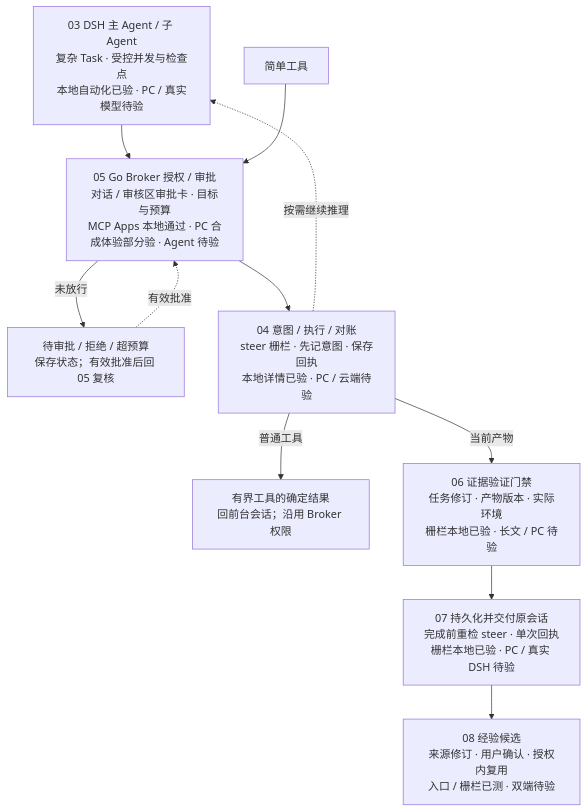
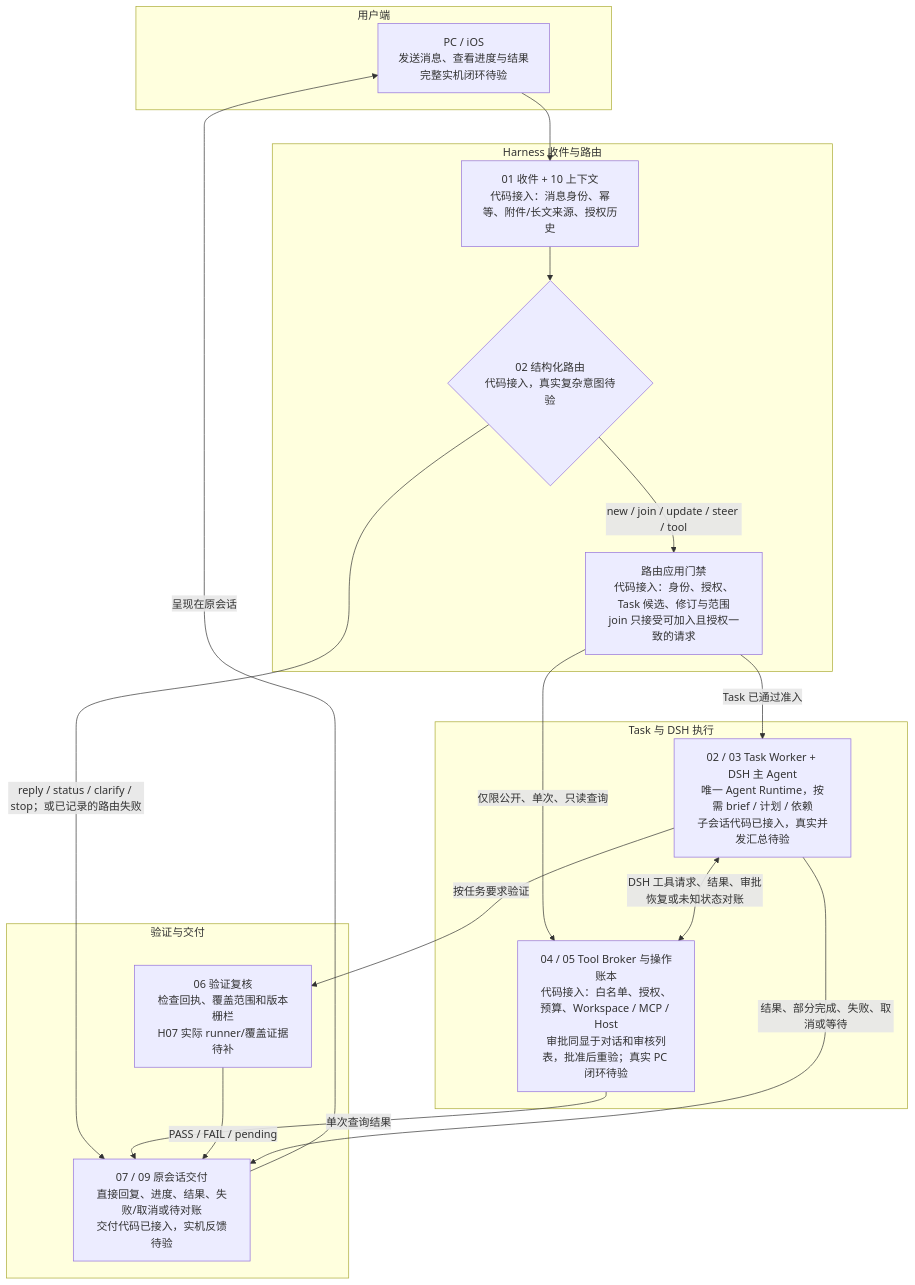
One commit to lizhongxuan/morde changed the diagram in docs/muse_docs/muse_steps/Morde 复刻 Muse 最终流程与开发设计.md. Above: the diagram before and after it, drawn with Mermaid. The commit also changed other lines of this file and 37 other files, not shown here.

````diff
--- a/docs/muse_docs/muse_steps/Morde 复刻 Muse 最终流程与开发设计.md
+++ b/docs/muse_docs/muse_steps/Morde 复刻 Muse 最终流程与开发设计.md
@@ -239,13 +9,34 @@
 ```mermaid
 flowchart TD
-    D["03 DSH 主 Agent / 子 Agent<br/>复杂 Task · 受控并发与检查点<br/>本地自动化已验 · PC / 真实模型待验"] --> B["05 Go Broker 授权 / 审批<br/>对话 / 审核区审批卡 · 目标与预算<br/>MCP Apps 本地通过 · PC 合成体验部分验 · Agent 待验"]
-    S["简单工具"] --> B
-    B -->|未放行| W["待审批 / 拒绝 / 超预算<br/>保存状态；有效批准后回 05 复核"]
-    W -. 有效批准 .-> B
-    B --> A["04 意图 / 执行 / 对账<br/>steer 栅栏 · 先记意图 · 保存回执<br/>本地详情已验 · PC / 云端待验"]
-    A -->|普通工具| Q["有界工具的确定结果<br/>回前台会话；沿用 Broker 权限"]
-    A -->|当前产物| V["06 证据验证门禁<br/>任务修订 · 产物版本 · 实际环境<br/>栅栏本地已验 · 长文 / PC 待验"]
-    A -. 按需继续推理 .-> D
-    V --> O["07 持久化并交付原会话<br/>完成前重检 steer · 单次回执<br/>栅栏本地已验 · PC / 真实 DSH 待验"]
-    O --> M["08 经验候选<br/>来源修订 · 用户确认 · 授权内复用<br/>入口 / 栅栏已测 · 双端待验"]
+  subgraph client[用户端]
+    P["PC / iOS<br/>发送消息、查看进度与结果<br/>完整实机闭环待验"]
+  end
+
+  subgraph intake[Harness 收件与路由]
+    I["01 收件 + 10 上下文<br/>代码接入：消息身份、幂等、附件/长文来源、授权历史"]
+    R{"02 结构化路由<br/>代码接入，真实复杂意图待验"}
+    A["路由应用门禁<br/>代码接入：身份、授权、Task 候选、修订与范围<br/>join 只接受可加入且授权一致的请求"]
+  end
+
+  subgraph execute[Task 与 DSH 执行]
+    C["02 / 03 Task Worker + DSH 主 Agent<br/>唯一 Agent Runtime，按需 brief / 计划 / 依赖<br/>子会话代码已接入，真实并发汇总待验"]
+    B["04 / 05 Tool Broker 与操作账本<br/>代码接入：白名单、授权、预算、Workspace / MCP / Host<br/>审批同显于对话和审核列表，批准后重验；真实 PC 闭环待验"]
+  end
+
+  subgraph finish[验证与交付]
+    V["06 验证复核<br/>检查回执、覆盖范围和版本栅栏<br/>H07 实际 runner/覆盖证据待补"]
+    Q["07 / 09 原会话交付<br/>直接回复、进度、结果、失败/取消或待对账<br/>交付代码已接入，实机反馈待验"]
+  end
+
+  P --> I --> R
+  R -->|reply / status / clarify / stop；或已记录的路由失败| Q
+  R -->|new / join / update / steer / tool| A
+  A -->|Task 已通过准入| C
+  A -->|仅限公开、单次、只读查询| B
+  C <-->|DSH 工具请求、结果、审批恢复或未知状态对账| B
+  B -->|单次查询结果| Q
+  C -->|按任务要求验证| V
+  V -->|PASS / FAIL / pending| Q
+  C -->|结果、部分完成、失败、取消或等待| Q
+  Q -->|呈现在原会话| P
 ```
````
